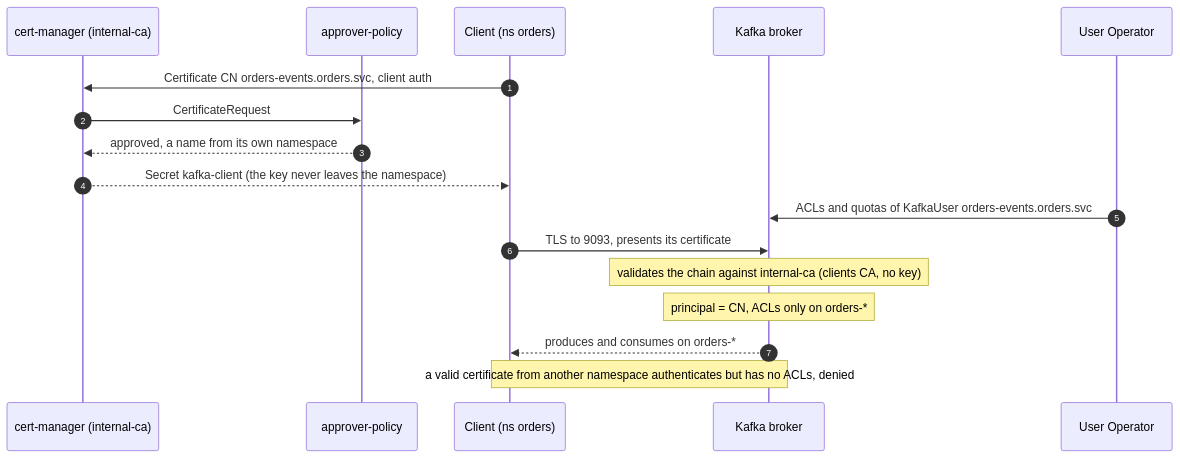
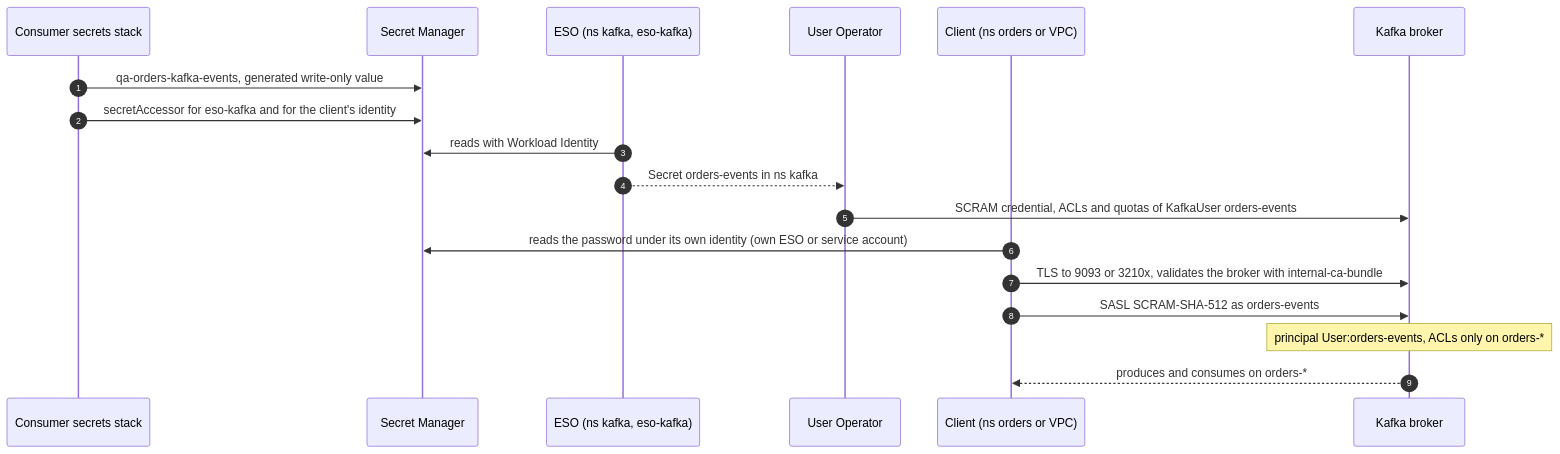
One commit to aescanero/proposal_documents changed the diagram in docs/en/proposals/kafka-qa/diagrams/03-autenticacion.mmd. Above: the diagram before and after it, drawn with Mermaid. The commit also changed 27 other files, not shown here.

First line of the commit message:
Move Kafka clients to SCRAM; add the private qa.internal zone and names (en and es)

```diff
--- a/docs/en/proposals/kafka-qa/diagrams/03-autenticacion.mmd
+++ b/docs/en/proposals/kafka-qa/diagrams/03-autenticacion.mmd
@@ -1,18 +1,19 @@
 sequenceDiagram
     autonumber
-    participant CM as cert-manager (internal-ca)
-    participant AP as approver-policy
-    participant C as Client (ns orders)
+    participant SS as Consumer secrets stack
+    participant SM as Secret Manager
+    participant ESO as ESO (ns kafka, eso-kafka)
+    participant UO as User Operator
+    participant C as Client (ns orders or VPC)
     participant K as Kafka broker
-    participant UO as User Operator
 
-    C->>CM: Certificate CN orders-events.orders.svc, client auth
-    CM->>AP: CertificateRequest
-    AP-->>CM: approved, a name from its own namespace
-    CM-->>C: Secret kafka-client (the key never leaves the namespace)
-    UO->>K: ACLs and quotas of KafkaUser orders-events.orders.svc
-    C->>K: TLS to 9093, presents its certificate
-    Note over K: validates the chain against internal-ca (clients CA, no key)
-    Note over K: principal = CN, ACLs only on orders-*
+    SS->>SM: qa-orders-kafka-events, generated write-only value
+    SS->>SM: secretAccessor for eso-kafka and for the client's identity
+    ESO->>SM: reads with Workload Identity
+    ESO-->>UO: Secret orders-events in ns kafka
+    UO->>K: SCRAM credential, ACLs and quotas of KafkaUser orders-events
+    C->>SM: reads the password under its own identity (own ESO or service account)
+    C->>K: TLS to 9093 or 3210x, validates the broker with internal-ca-bundle
+    C->>K: SASL SCRAM-SHA-512 as orders-events
+    Note over K: principal User:orders-events, ACLs only on orders-*
     K-->>C: produces and consumes on orders-*
-    Note over C,K: a valid certificate from another namespace authenticates but has no ACLs, denied
```
